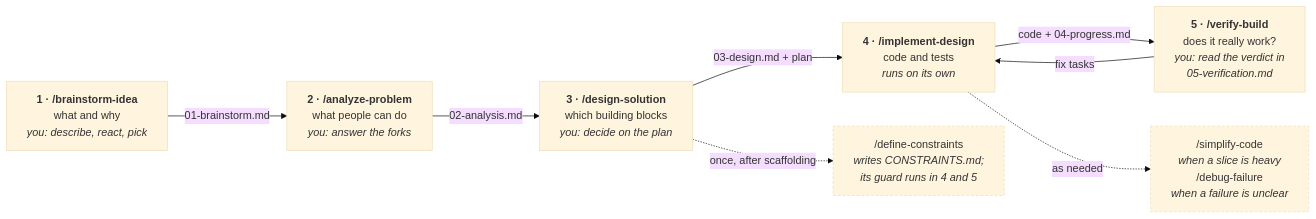
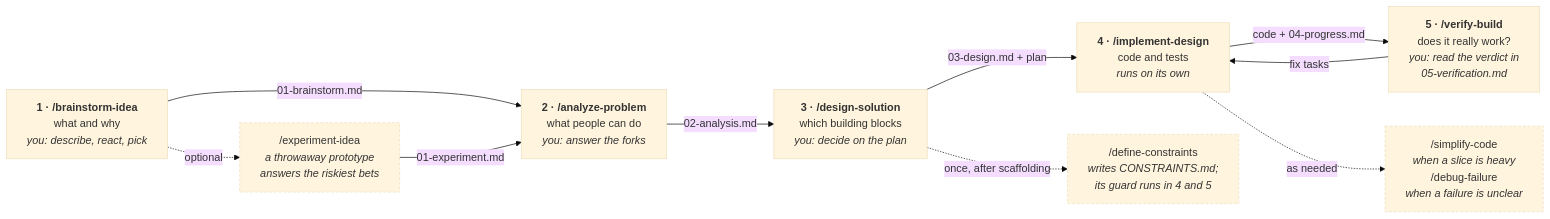
Before and after one commit to adrianhdezm/agent-skills: the diagram in README.md, drawn with Mermaid (base theme). The commit also changed other lines of this file and 4 other files, not shown here.

First line of the commit message:
feat(dev-setup): ✨ Move the proof of concept into an experiment-idea skill

````diff
--- a/README.md
+++ b/README.md
@@ -60,23 +61,26 @@
 ```mermaid
 flowchart LR
     B["<b>1 · /brainstorm-idea</b><br/>what and why<br/><i>you: describe, react, pick</i>"]
     A["<b>2 · /analyze-problem</b><br/>what people can do<br/><i>you: answer the forks</i>"]
     D["<b>3 · /design-solution</b><br/>which building blocks<br/><i>you: decide on the plan</i>"]
     I["<b>4 · /implement-design</b><br/>code and tests<br/><i>runs on its own</i>"]
     V["<b>5 · /verify-build</b><br/>does it really work?<br/><i>you: read the verdict in<br/>05-verification.md</i>"]
 
     B -- "01-brainstorm.md" --> A
+    B -. "optional" .-> EX
+    EX -- "01-experiment.md" --> A
     A -- "02-analysis.md" --> D
     D -- "03-design.md + plan" --> I
     I -- "code + 04-progress.md" --> V
     V -- "fix tasks" --> I
 
+    EX["/experiment-idea<br/><i>a throwaway prototype<br/>answers the riskiest bets</i>"]
     DC["/define-constraints<br/><i>writes CONSTRAINTS.md;<br/>its guard runs in 4 and 5</i>"]
     SD["/simplify-code<br/><i>when a slice is heavy</i><br/>/debug-failure<br/><i>when a failure is unclear</i>"]
 
     D -. "once, after scaffolding" .-> DC
     I -. "as needed" .-> SD
 
     classDef support stroke-dasharray: 4 3
-    class DC,SD support
+    class EX,DC,SD support
 ```
````
